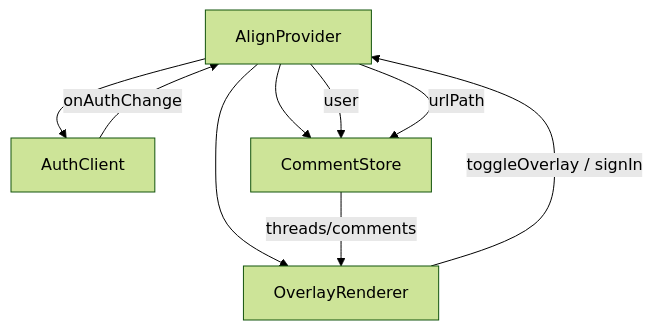
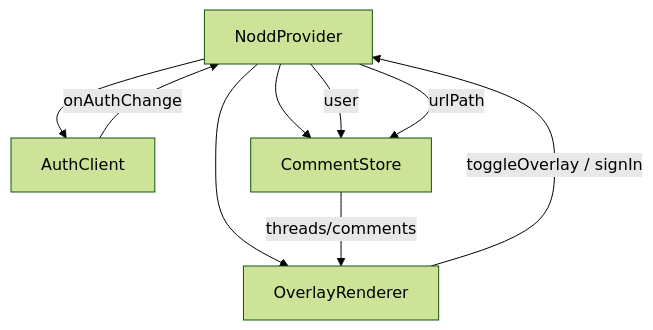
One commit to vadim-lobodin/nodd changed the diagram in src/provider/README.md. Above: the diagram before and after it, drawn with Mermaid (forest theme). The commit also changed other lines of this file and 40 other files, not shown here.

First line of the commit message:
Rename project from Align to Nodd

````diff
--- a/src/provider/README.md
+++ b/src/provider/README.md
@@ -185,11 +185,11 @@
 ```mermaid
 graph TD
-  P[AlignProvider] --> A[AuthClient]
+  P[NoddProvider] --> A[AuthClient]
   P --> S[CommentStore]
   P --> O[OverlayRenderer]
   A -- onAuthChange --> P
   P -- user --> S
   P -- urlPath --> S
   S -- threads/comments --> O
   O -- toggleOverlay / signIn --> P
 ```
````
